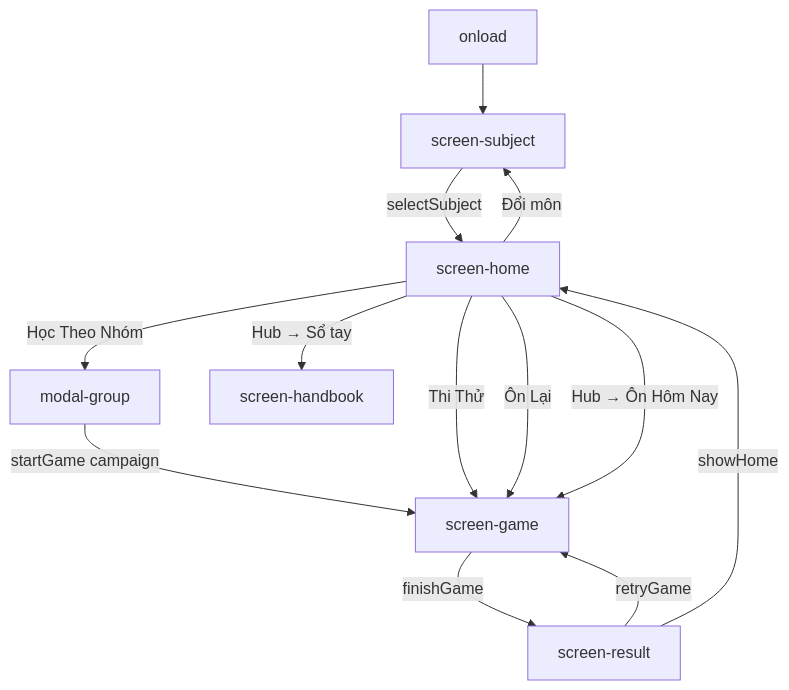
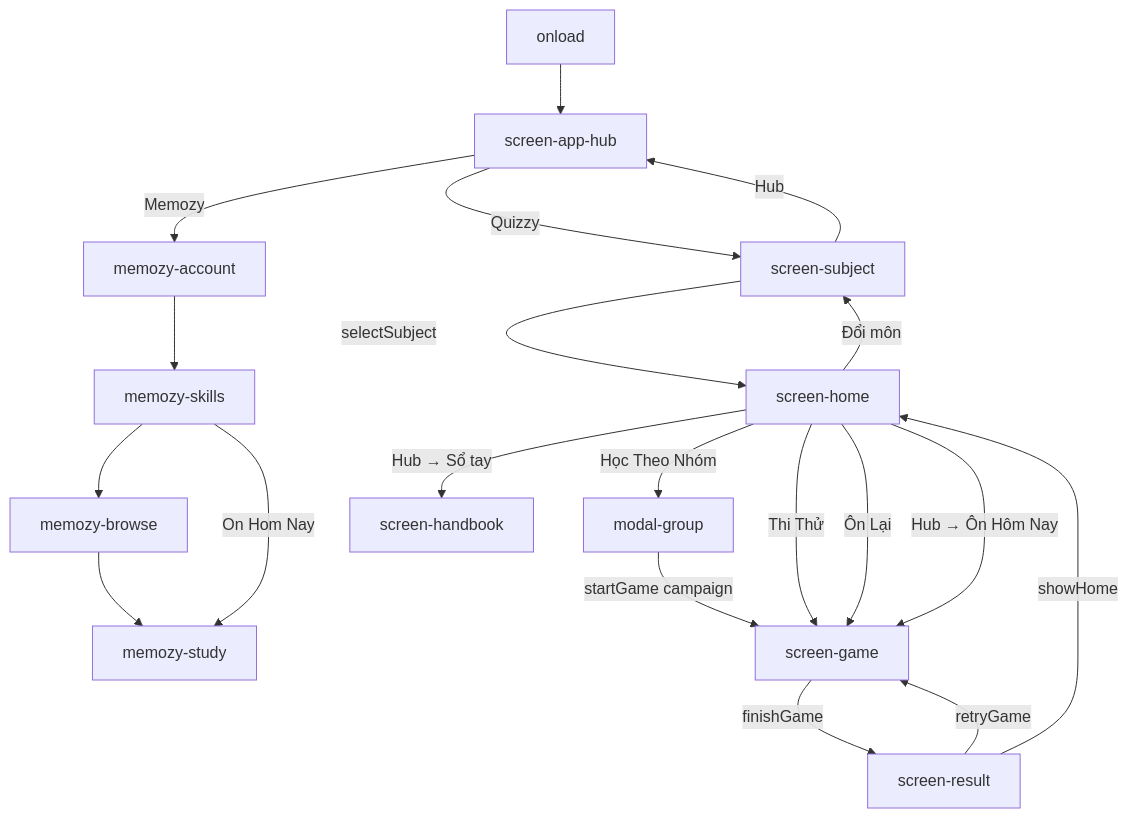
The second of 2 diagrams in ARCHITECTURE.md (TAnhpika/Quiz), drawn with Mermaid before and after one commit. The commit also changed other lines of this file and 7 other files, not shown here.

````diff
--- a/ARCHITECTURE.md
+++ b/ARCHITECTURE.md
@@ -308,15 +353,22 @@
 ```mermaid
 flowchart TD
-    A[onload] --> B[screen-subject]
+    A[onload] --> Hub[screen-app-hub]
+    Hub -->|Quizzy| B[screen-subject]
+    Hub -->|Memozy| M1[memozy-account]
+    M1 --> M2[memozy-skills]
+    M2 --> M3[memozy-browse]
+    M3 --> M4[memozy-study]
+    M2 -->|On Hom Nay| M4
     B -->|selectSubject| C[screen-home]
     C -->|Học Theo Nhóm| D[modal-group]
     D -->|startGame campaign| E[screen-game]
     C -->|Thi Thử| E
     C -->|Ôn Lại| E
     C -->|Hub → Ôn Hôm Nay| E
     E -->|finishGame| F[screen-result]
     F -->|retryGame| E
     F -->|showHome| C
     C -->|Hub → Sổ tay| G[screen-handbook]
     C -->|Đổi môn| B
+    B -->|Hub| Hub
 ```
````
